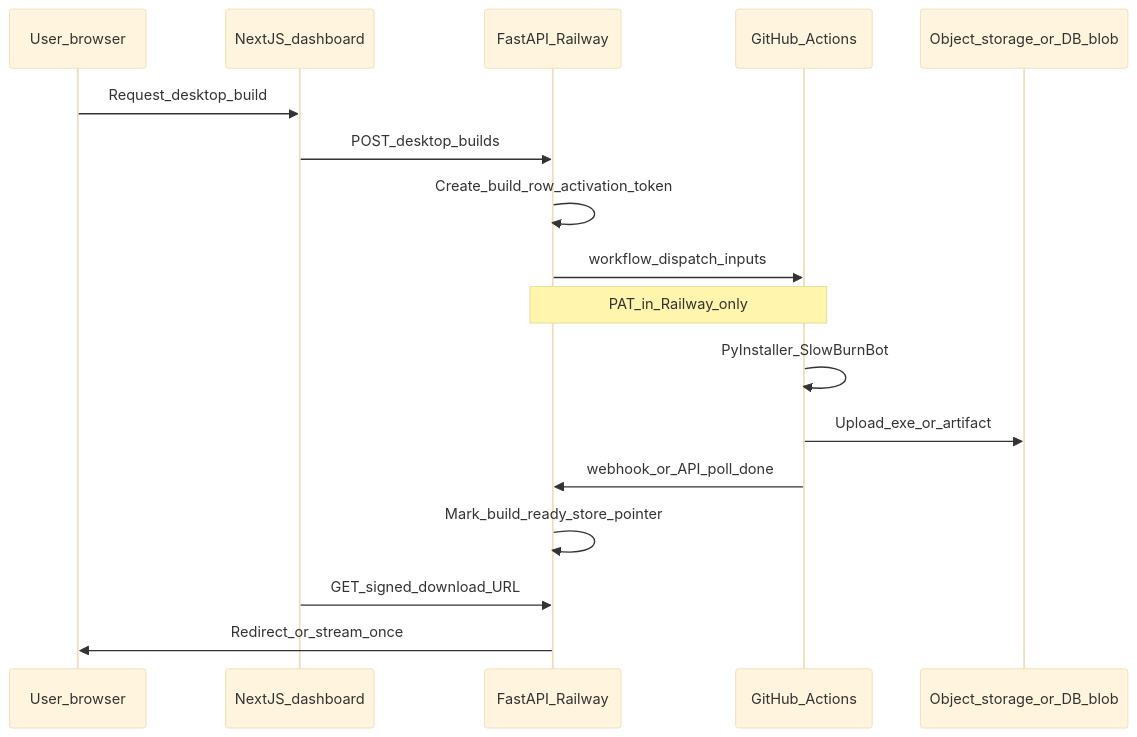
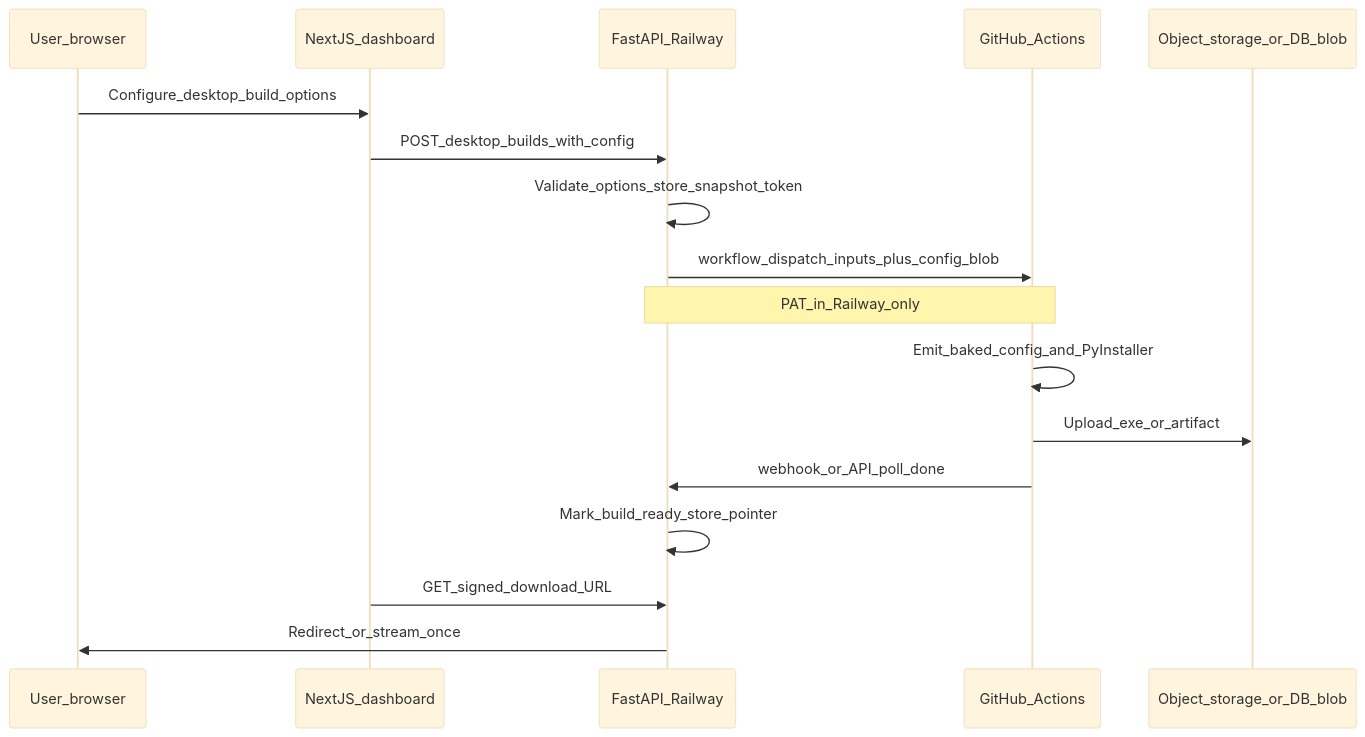
Before and after one commit to BishopMartin/SlowBurnBotGamma: the diagram in plan_desktop_build_+_license_flow_6da6fa9d.plan.md, drawn with Mermaid (base theme). The commit also changed other lines of this file and 16 other files, not shown here.

````diff
--- a/plan_desktop_build_+_license_flow_6da6fa9d.plan.md
+++ b/plan_desktop_build_+_license_flow_6da6fa9d.plan.md
@@ -43,20 +49,20 @@
 ```mermaid
 sequenceDiagram
   participant User as User_browser
   participant Web as NextJS_dashboard
   participant API as FastAPI_Railway
   participant GH as GitHub_Actions
   participant Store as Object_storage_or_DB_blob
 
-  User->>Web: Request_desktop_build
-  Web->>API: POST_desktop_builds
-  API->>API: Create_build_row_activation_token
-  API->>GH: workflow_dispatch_inputs
+  User->>Web: Configure_desktop_build_options
+  Web->>API: POST_desktop_builds_with_config
+  API->>API: Validate_options_store_snapshot_token
+  API->>GH: workflow_dispatch_inputs_plus_config_blob
   Note over API,GH: PAT_in_Railway_only
-  GH->>GH: PyInstaller_SlowBurnBot
+  GH->>GH: Emit_baked_config_and_PyInstaller
   GH->>Store: Upload_exe_or_artifact
   GH->>API: webhook_or_API_poll_done
   API->>API: Mark_build_ready_store_pointer
   Web->>API: GET_signed_download_URL
   API->>User: Redirect_or_stream_once
 ```
````
